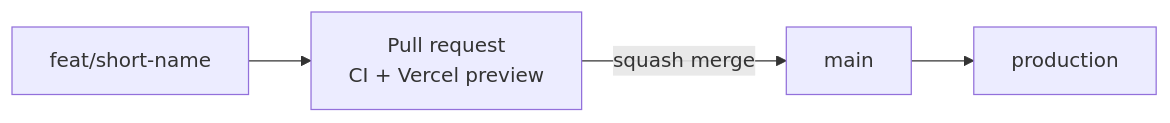
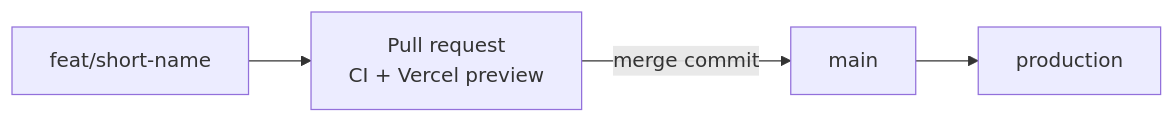
The diagram in docs/decisions/0012-trunk-based-pr-workflow.md (wends05/final-portfolio), drawn with Mermaid before and after one commit. The commit also changed other lines of this file and 2 other files, not shown here.

Commit message:
docs: merge pull requests with merge commits instead of squash

````diff
--- a/docs/decisions/0012-trunk-based-pr-workflow.md
+++ b/docs/decisions/0012-trunk-based-pr-workflow.md
@@ -14,5 +15,5 @@
 ```mermaid
 flowchart LR
     Branch["feat/short-name"] --> PR["Pull request<br/>CI + Vercel preview"]
-    PR -->|squash merge| Main["main"] --> Prod["production"]
+    PR -->|merge commit| Main["main"] --> Prod["production"]
 ```
````
